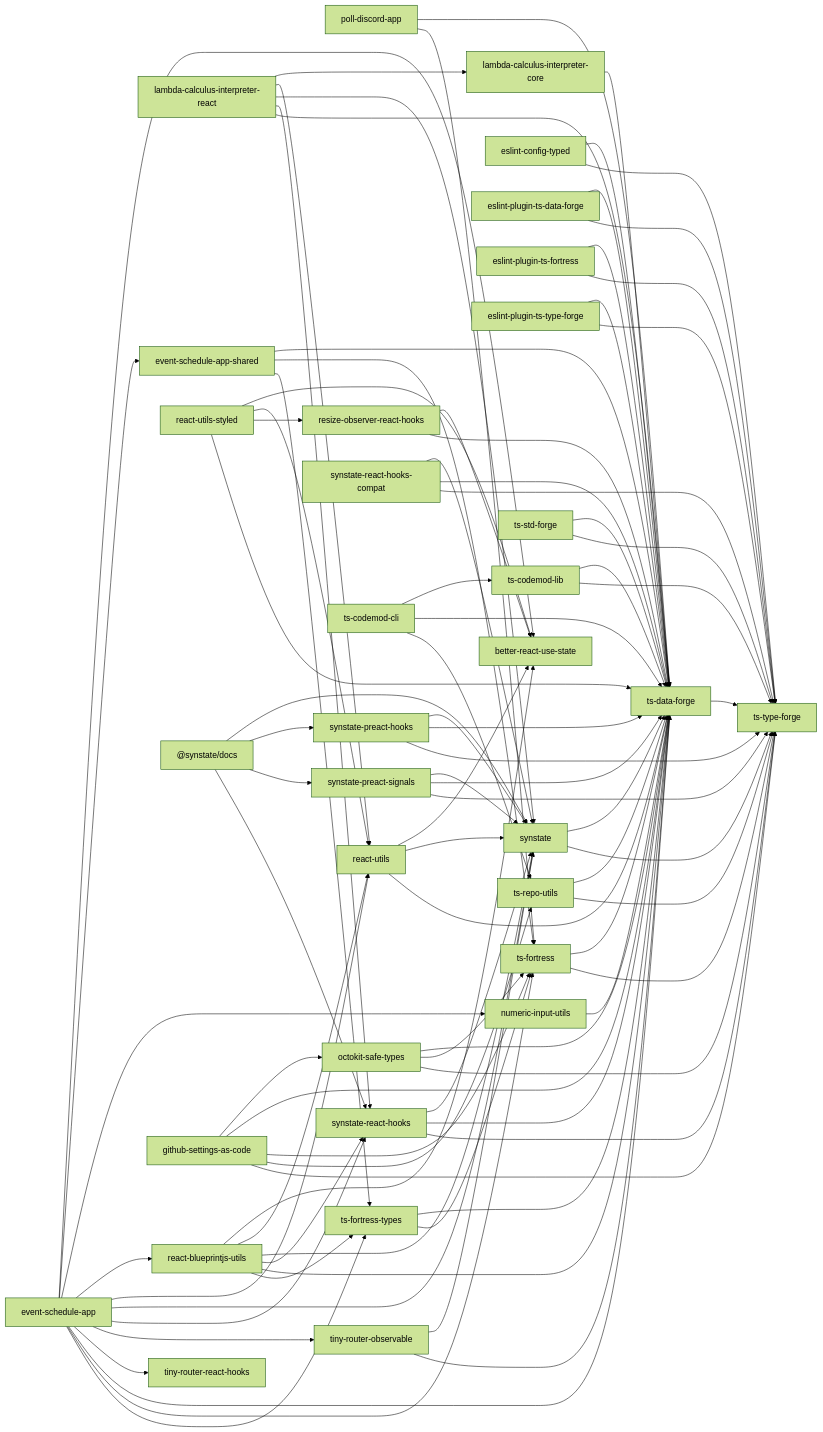
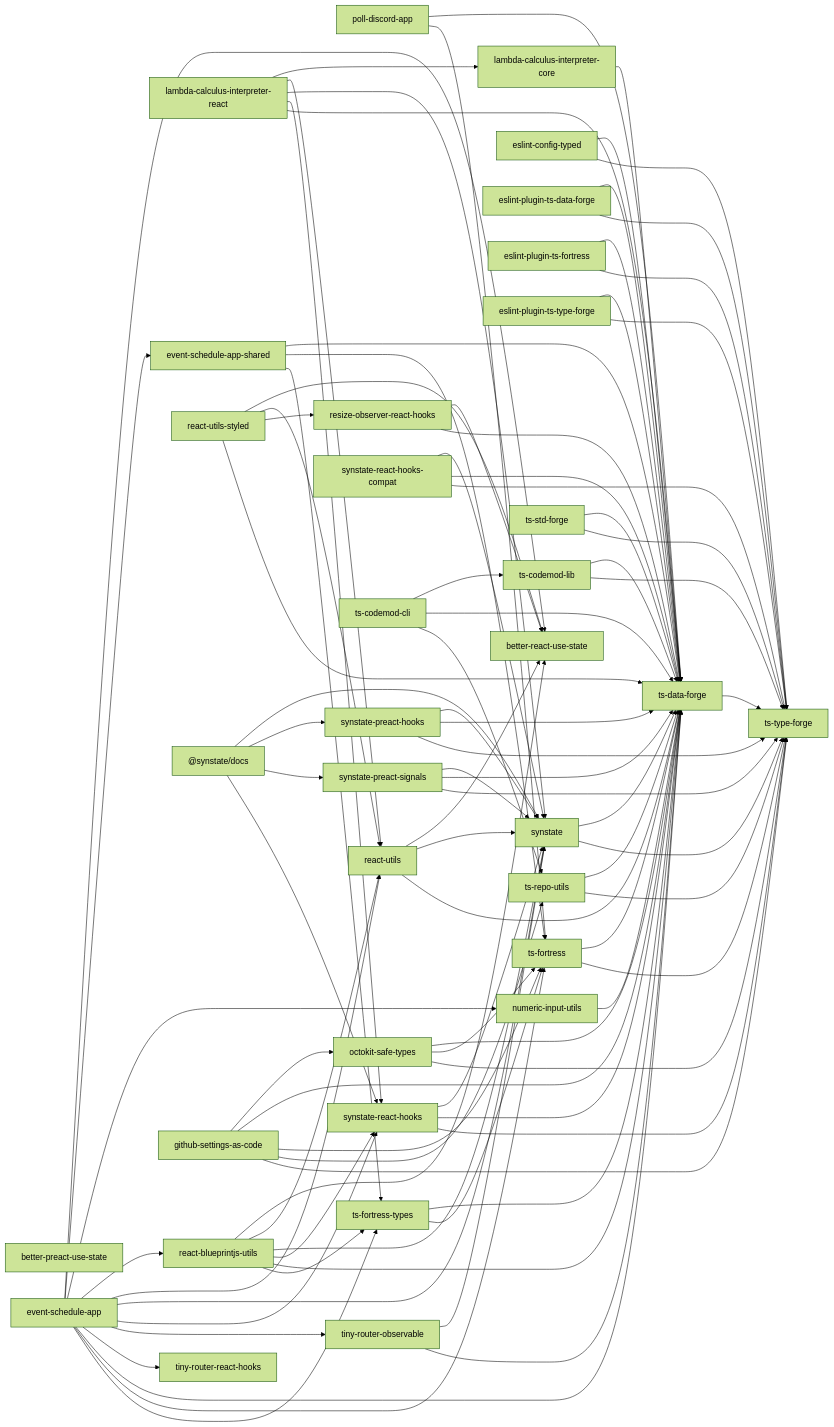
Before and after one commit to noshiro-pf/mono: the diagram in docs/package-dependencies.md, drawn with Mermaid (forest theme). The commit also changed other lines of this file and 9 other files, not shown here.

First line of the commit message:
feat: experimental/ から better-preact-use-state を復元する (#1748)

````diff
--- a/docs/package-dependencies.md
+++ b/docs/package-dependencies.md
@@ -13,5 +13,6 @@
 ```mermaid
 graph LR
+  better_preact_use_state["better-preact-use-state"]
   event_schedule_app["event-schedule-app"]
   event_schedule_app_shared["event-schedule-app-shared"]
   lambda_calculus_interpreter_core["lambda-calculus-interpreter-core"]
````
